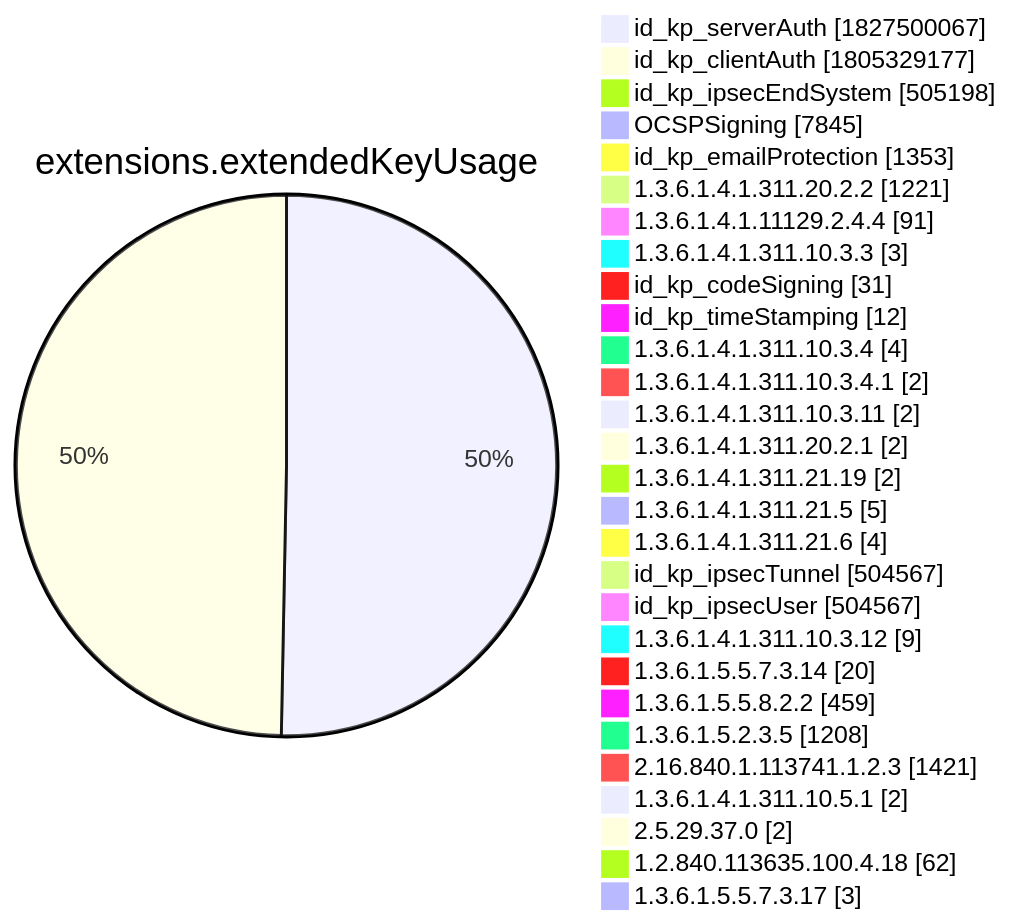
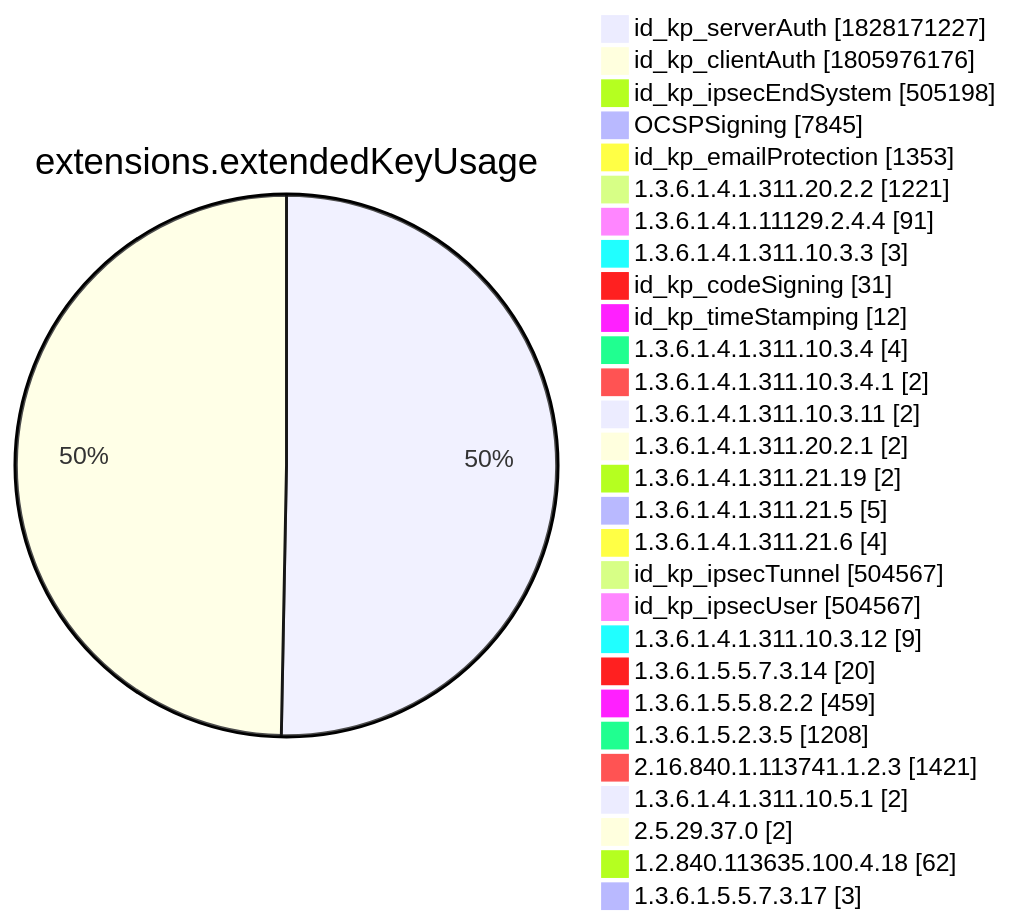
One commit to christiankrug/ctmonitor_visualization changed diagram 12 of 15 in xenon2022/README.md. Above: the diagram before and after it, drawn with Mermaid. The commit also changed other lines of this file, not shown here.

````diff
--- a/xenon2022/README.md
+++ b/xenon2022/README.md
@@ -3895,32 +3895,32 @@
 ```mermaid
 pie showData
 title extensions.extendedKeyUsage
-"id_kp_serverAuth" :1827500067
-"id_kp_clientAuth" :1805329177
+"id_kp_serverAuth" :1828171227
+"id_kp_clientAuth" :1805976176
 "id_kp_ipsecEndSystem" :505198
 "OCSPSigning" :7845
 "id_kp_emailProtection" :1353
 "1.3.6.1.4.1.311.20.2.2" :1221
 "1.3.6.1.4.1.11129.2.4.4" :91
 "1.3.6.1.4.1.311.10.3.3" :3
 "id_kp_codeSigning" :31
 "id_kp_timeStamping" :12
 "1.3.6.1.4.1.311.10.3.4" :4
 "1.3.6.1.4.1.311.10.3.4.1" :2
 "1.3.6.1.4.1.311.10.3.11" :2
 "1.3.6.1.4.1.311.20.2.1" :2
 "1.3.6.1.4.1.311.21.19" :2
 "1.3.6.1.4.1.311.21.5" :5
 "1.3.6.1.4.1.311.21.6" :4
 "id_kp_ipsecTunnel" :504567
 "id_kp_ipsecUser" :504567
 "1.3.6.1.4.1.311.10.3.12" :9
 "1.3.6.1.5.5.7.3.14" :20
 "1.3.6.1.5.5.8.2.2" :459
 "1.3.6.1.5.2.3.5" :1208
 "2.16.840.1.113741.1.2.3" :1421
 "1.3.6.1.4.1.311.10.5.1" :2
 "2.5.29.37.0" :2
 "1.2.840.113635.100.4.18" :62
 "1.3.6.1.5.5.7.3.17" :3
 ```
````
